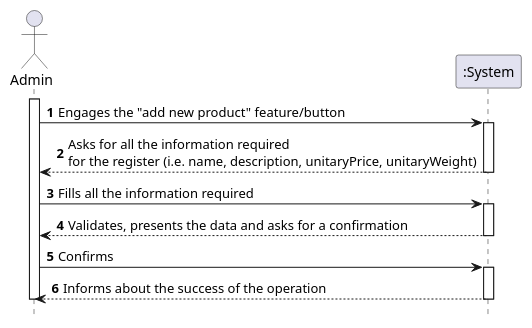
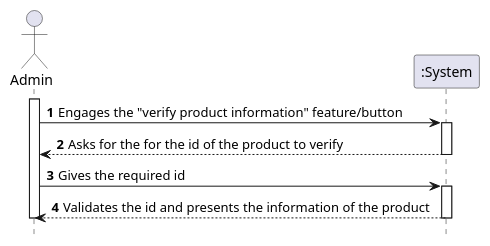
One commit to tiagoavcosta25/LAPR3 changed the diagram in docs/Iteration 1/Product Management/US73_ProductInformation/US73_SSD.puml. Above: the diagram before and after it, drawn with PlantUML.

Commit message:
LAPR2AP2-70 #close Product Information [Analysis]

```diff
--- a/docs/Iteration 1/Product Management/US73_ProductInformation/US73_SSD.puml
+++ b/docs/Iteration 1/Product Management/US73_ProductInformation/US73_SSD.puml
@@ -1,28 +1,25 @@
 @startuml
 autonumber
 hide footbox
 
 actor "Admin" as U
 
 participant ":System" as SYST
 
 activate U
 
-U -> SYST : Engages the "add new product" feature/button
+U -> SYST : Engages the "verify product information" feature/button
 activate SYST
-SYST --> U : Asks for all the information required \nfor the register (i.e. name, description, unitaryPrice, unitaryWeight)
+SYST --> U : Asks for the for the id of the product to verify
 deactivate SYST
 
-U -> SYST : Fills all the information required
+U -> SYST : Gives the required id
 activate SYST
-SYST --> U : Validates, presents the data and asks for a confirmation
+
+SYST --> U : Validates the id and presents the information of the product
 deactivate SYST
 
-U -> SYST : Confirms
-activate SYST
-SYST --> U : Informs about the success of the operation
-deactivate SYST
 
 deactivate U
 
 @enduml
```
